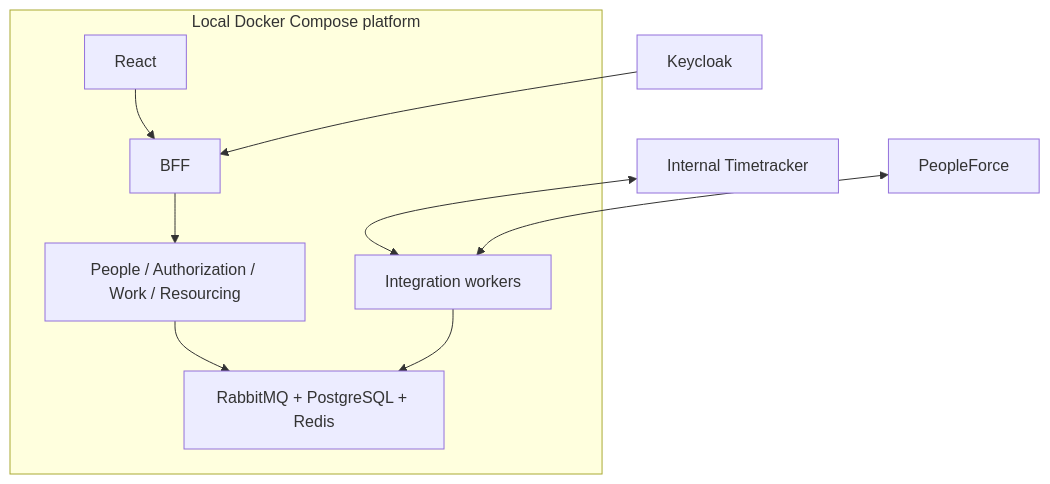
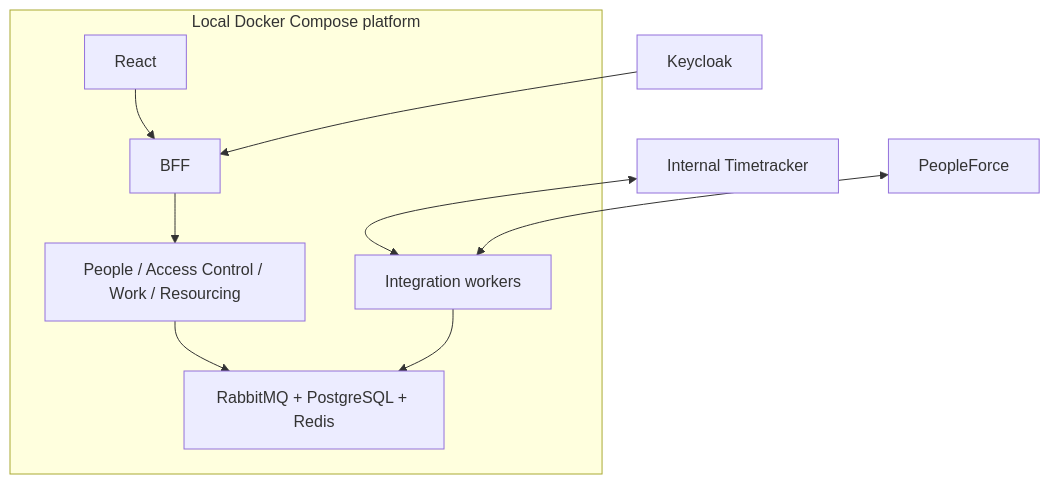
The second of 2 diagrams in _bmad-output/planning-artifacts/architecture/architecture-PeopleManagementSystem-2026-08-25/ARCHITECTURE-SPINE.md (Olga-Levchenko/PeopleManagementSystem), drawn with Mermaid before and after one commit. The commit also changed other lines of this file and 40 other files, not shown here.

````diff
--- a/_bmad-output/planning-artifacts/architecture/architecture-PeopleManagementSystem-2026-08-25/ARCHITECTURE-SPINE.md
+++ b/_bmad-output/planning-artifacts/architecture/architecture-PeopleManagementSystem-2026-08-25/ARCHITECTURE-SPINE.md
@@ -227,17 +227,17 @@
 ```mermaid
 flowchart TB
     subgraph Platform[Local Docker Compose platform]
         Frontend[React]
         Gateway[BFF]
-        Domain[People / Authorization / Work / Resourcing]
+        Domain[People / Access Control / Work / Resourcing]
         Adapters[Integration workers]
         Infra[RabbitMQ + PostgreSQL + Redis]
         Frontend --> Gateway
         Gateway --> Domain
         Domain --> Infra
         Adapters --> Infra
     end
     Timetracker[Internal Timetracker] <--> Adapters
     PeopleForce[PeopleForce] <--> Adapters
     Keycloak[Keycloak] --> Gateway
 ```
````
